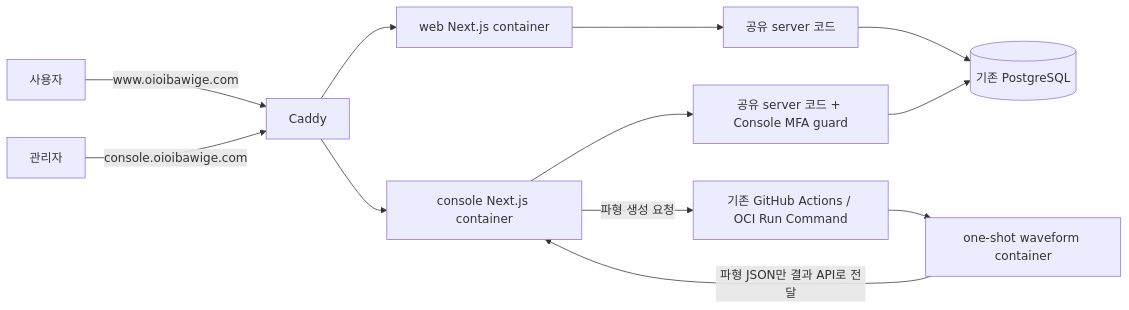
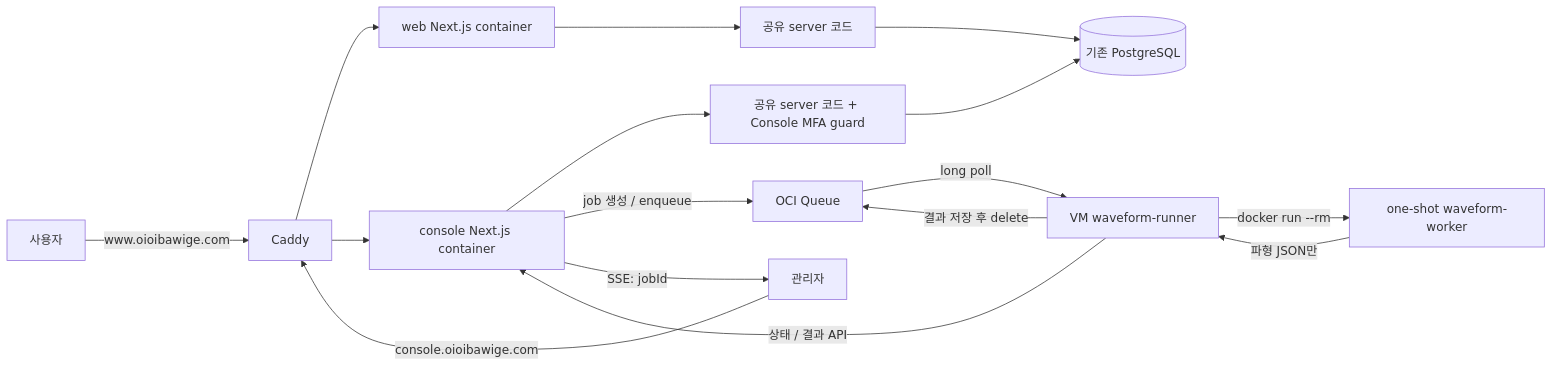
Before and after one commit to goldmayo/oioi-bwg: the diagram in docs/migration/implementation/console-guide-editor/DESIGN.md, drawn with Mermaid. The commit also changed other lines of this file and 2 other files, not shown here.

````diff
--- a/docs/migration/implementation/console-guide-editor/DESIGN.md
+++ b/docs/migration/implementation/console-guide-editor/DESIGN.md
@@ -32,14 +32,18 @@
 ```mermaid
 flowchart LR
   U[사용자] -->|www.oioibawige.com| P[Caddy]
   A[관리자] -->|console.oioibawige.com| P
   P --> W[web Next.js container]
   P --> C[console Next.js container]
   W --> WS[공유 server 코드]
   C --> CS[공유 server 코드 + Console MFA guard]
   WS --> DB[(기존 PostgreSQL)]
   CS --> DB
-  C -->|파형 생성 요청| O[기존 GitHub Actions / OCI Run Command]
-  O --> J[one-shot waveform container]
-  J -->|파형 JSON만 결과 API로 전달| C
+  C -->|job 생성 / enqueue| Q[OCI Queue]
+  Q -->|long poll| R[VM waveform-runner]
+  R -->|docker run --rm| J[one-shot waveform-worker]
+  J -->|파형 JSON만| R
+  R -->|상태 / 결과 API| C
+  R -->|결과 저장 후 delete| Q
+  C -->|SSE: jobId| A
 ```
````
